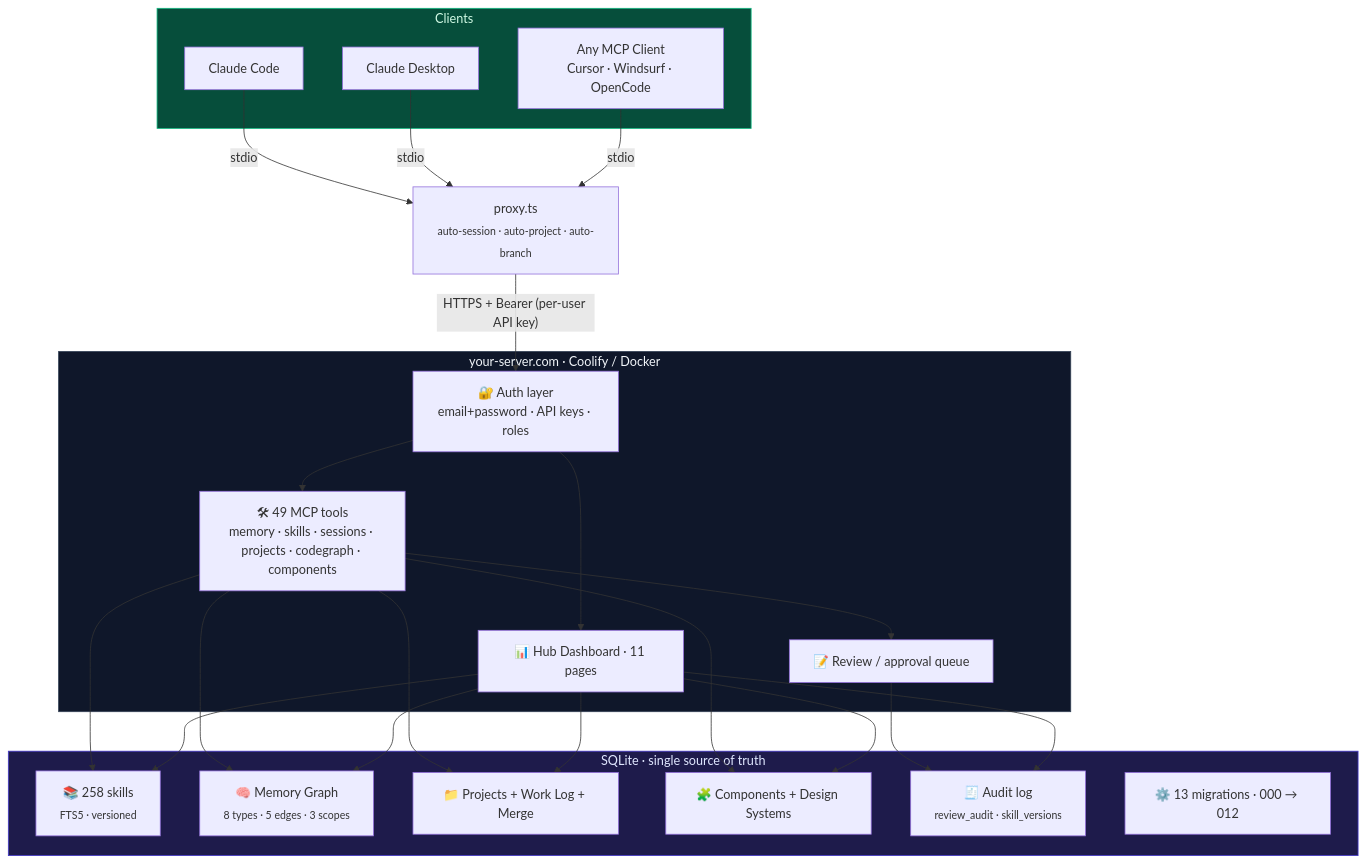
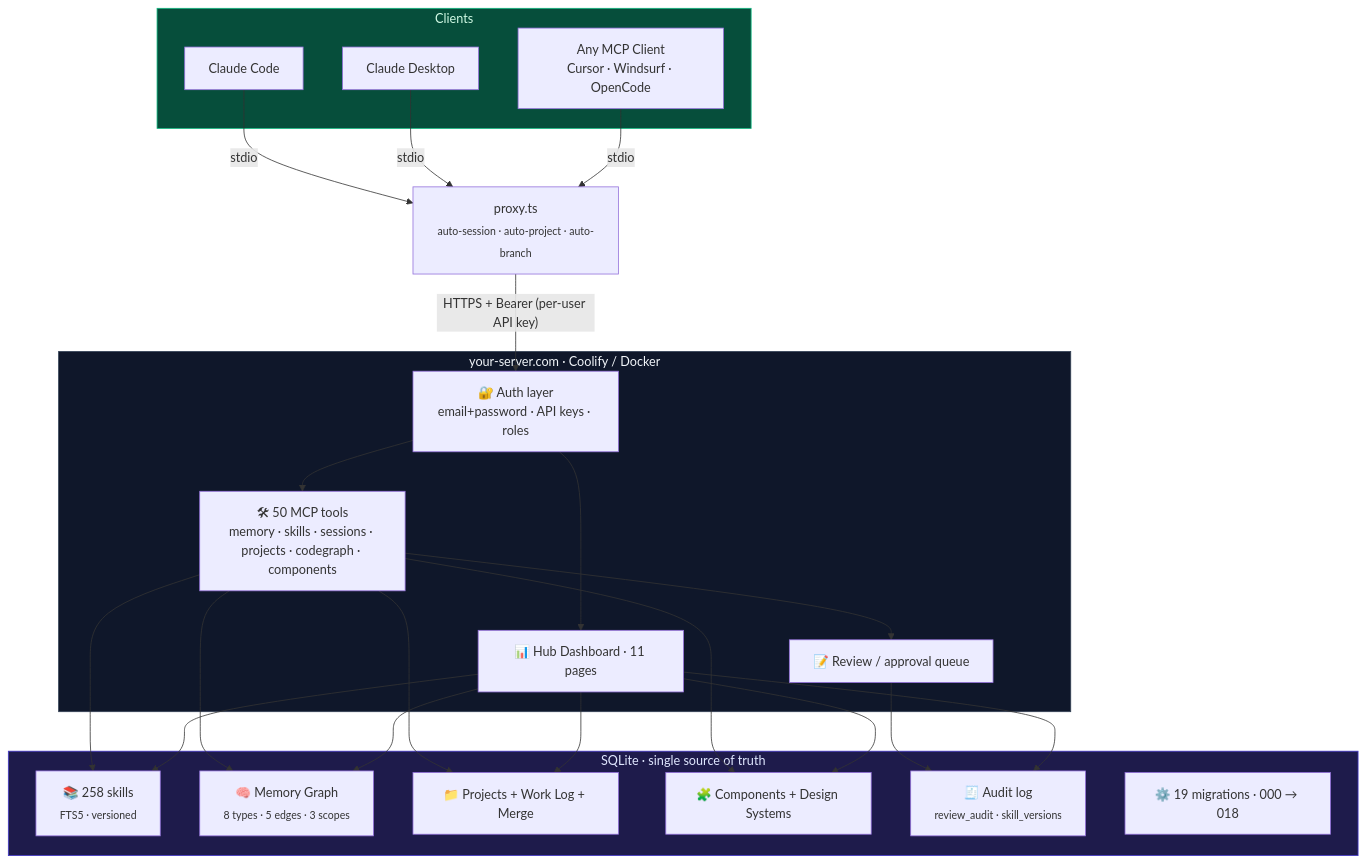
The diagram in README.md (deve1993/skillbrain), drawn with Mermaid before and after one commit. The commit also changed other lines of this file, not shown here.

First line of the commit message:
docs(readme): update for v2 — 50 tools, MemPalace retrieval, memory persistence fix

````diff
--- a/README.md
+++ b/README.md
@@ -338,51 +343,51 @@
 ```mermaid
 flowchart TB
     subgraph Clients["Clients"]
         CC[Claude Code]
         CD[Claude Desktop]
         AM[Any MCP Client<br/>Cursor · Windsurf · OpenCode]
     end
 
     Proxy["proxy.ts<br/><sub>auto-session · auto-project · auto-branch</sub>"]
 
     subgraph Server["your-server.com · Coolify / Docker"]
         Auth["🔐 Auth layer<br/>email+password · API keys · roles"]
-        Tools["🛠 49 MCP tools<br/>memory · skills · sessions · projects · codegraph · components"]
+        Tools["🛠 50 MCP tools<br/>memory · skills · sessions · projects · codegraph · components"]
         Review["📝 Review / approval queue"]
         Hub["📊 Hub Dashboard · 11 pages"]
     end
 
     subgraph Storage["SQLite · single source of truth"]
         Skills["📚 258 skills<br/><sub>FTS5 · versioned</sub>"]
         Memory["🧠 Memory Graph<br/><sub>8 types · 5 edges · 3 scopes</sub>"]
         Projects["📁 Projects + Work Log + Merge"]
         Components["🧩 Components + Design Systems"]
         Audit["🧾 Audit log<br/><sub>review_audit · skill_versions</sub>"]
-        Migrations["⚙️ 13 migrations · 000 → 012"]
+        Migrations["⚙️ 19 migrations · 000 → 018"]
     end
 
     CC -- stdio --> Proxy
     CD -- stdio --> Proxy
     AM -- stdio --> Proxy
     Proxy -- "HTTPS + Bearer (per-user API key)" --> Auth
     Auth --> Tools
     Auth --> Hub
     Tools --> Review
     Tools --> Skills
     Tools --> Memory
     Tools --> Projects
     Tools --> Components
     Review --> Audit
     Hub --> Skills
     Hub --> Memory
     Hub --> Projects
     Hub --> Components
     Hub --> Audit
 
     classDef server fill:#0f172a,stroke:#334155,color:#f1f5f9
     classDef store fill:#1e1b4b,stroke:#4338ca,color:#e0e7ff
     classDef client fill:#064e3b,stroke:#10b981,color:#d1fae5
     class Server server
     class Storage store
     class Clients client
 ```
````
